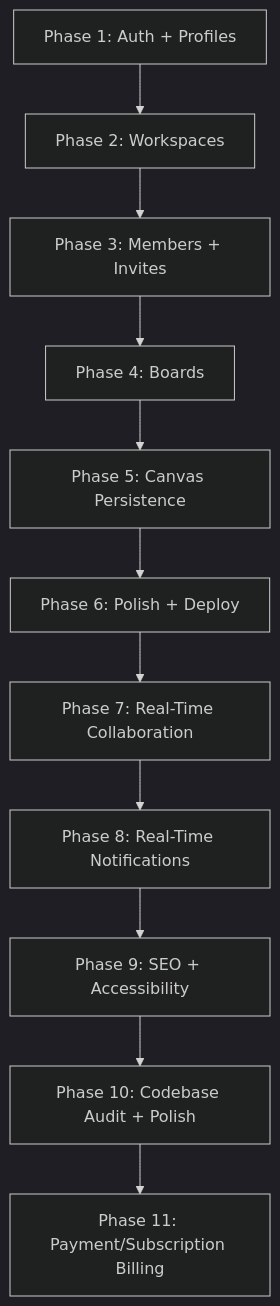
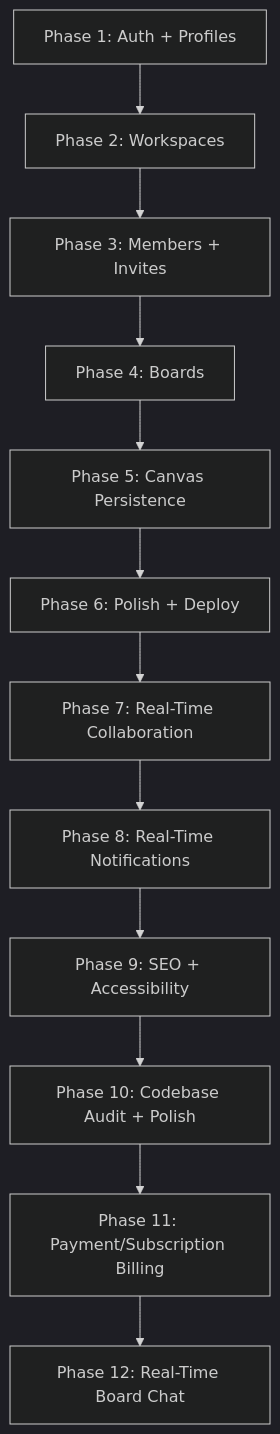
One commit to tushar-180/WhiteBoardSaaS2 changed the first of 2 diagrams in docs/phases.md. Above: the diagram before and after it, drawn with Mermaid (dark theme). The commit also changed other lines of this file and 6 other files, not shown here.

Commit message:
feat: implement real-time board chat and workspace activity timeline with Supabase integration

````diff
--- a/docs/phases.md
+++ b/docs/phases.md
@@ -31,13 +31,14 @@
 ```mermaid
 graph TD
     P1[Phase 1: Auth + Profiles] --> P2[Phase 2: Workspaces]
     P2 --> P3[Phase 3: Members + Invites]
     P3 --> P4[Phase 4: Boards]
     P4 --> P5[Phase 5: Canvas Persistence]
     P5 --> P6[Phase 6: Polish + Deploy]
     P6 --> P7[Phase 7: Real-Time Collaboration]
     P7 --> P8[Phase 8: Real-Time Notifications]
     P8 --> P9[Phase 9: SEO + Accessibility]
     P9 --> P10[Phase 10: Codebase Audit + Polish]
     P10 --> P11[Phase 11: Payment/Subscription Billing]
+    P11 --> P12[Phase 12: Real-Time Board Chat]
 ```
````
